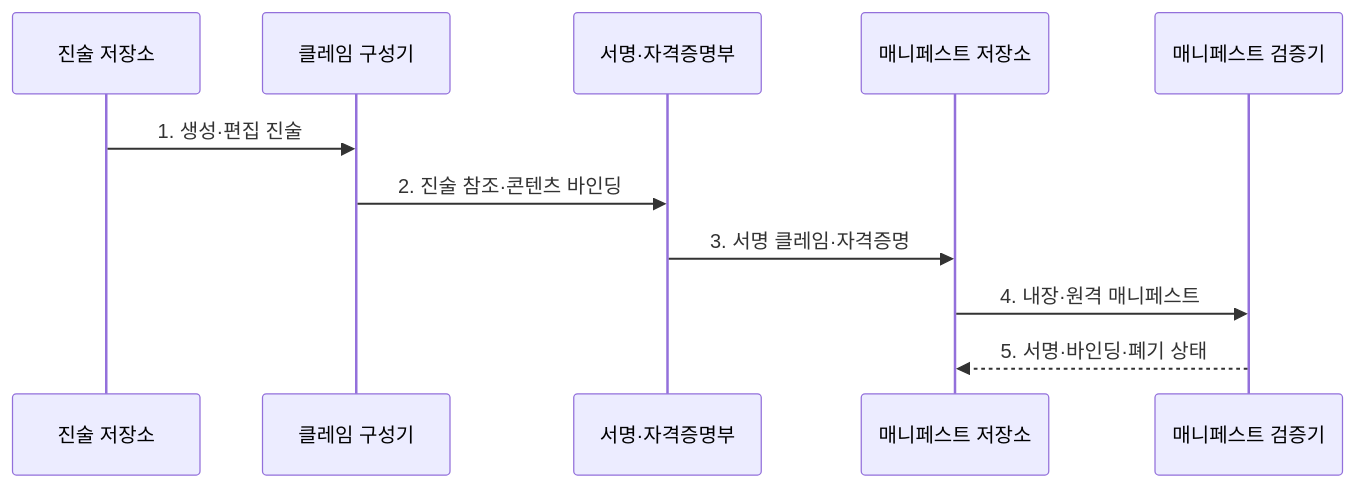
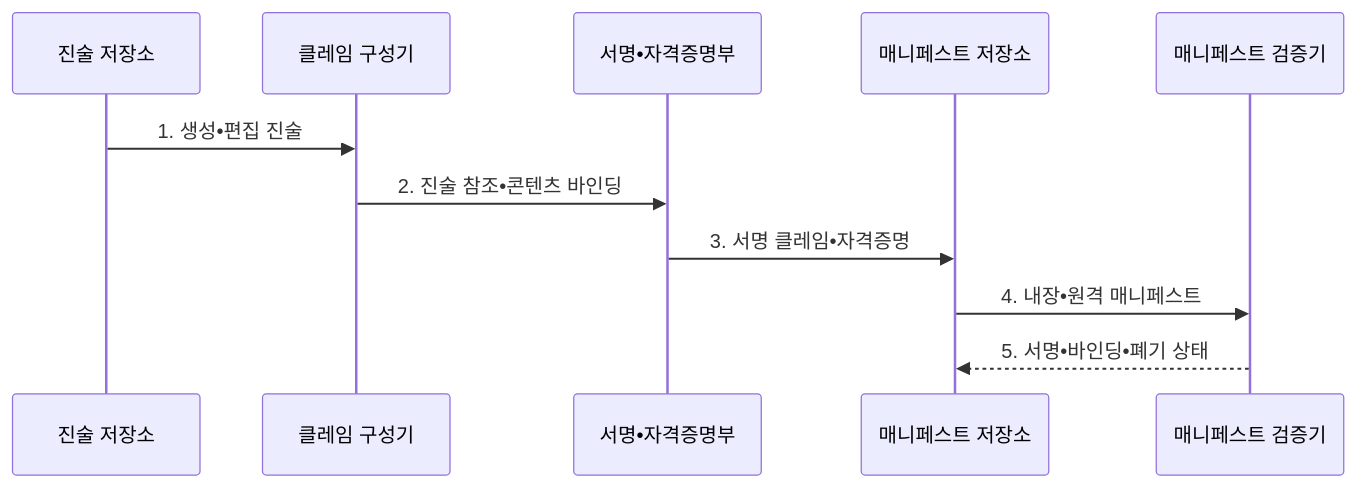
The second of 2 diagrams in src/content/docs/notes/08-latest-tech/127_c2pa_content_provenance_standard.md (agnusdei1207/knowledge-base), drawn with Mermaid before and after one commit. The commit also changed other lines of this file and 953 other files, not shown here.

````diff
--- a/src/content/docs/notes/08-latest-tech/127_c2pa_content_provenance_standard.md
+++ b/src/content/docs/notes/08-latest-tech/127_c2pa_content_provenance_standard.md
@@ -105,13 +105,13 @@
 ```mermaid
 sequenceDiagram
   participant A as 진술 저장소
   participant C as 클레임 구성기
-  participant S as 서명·자격증명부
+  participant S as 서명•자격증명부
   participant M as 매니페스트 저장소
   participant V as 매니페스트 검증기
-  A->>C: 1. 생성·편집 진술
-  C->>S: 2. 진술 참조·콘텐츠 바인딩
-  S->>M: 3. 서명 클레임·자격증명
-  M->>V: 4. 내장·원격 매니페스트
-  V-->>M: 5. 서명·바인딩·폐기 상태
+  A->>C: 1. 생성•편집 진술
+  C->>S: 2. 진술 참조•콘텐츠 바인딩
+  S->>M: 3. 서명 클레임•자격증명
+  M->>V: 4. 내장•원격 매니페스트
+  V-->>M: 5. 서명•바인딩•폐기 상태
 ```
````
